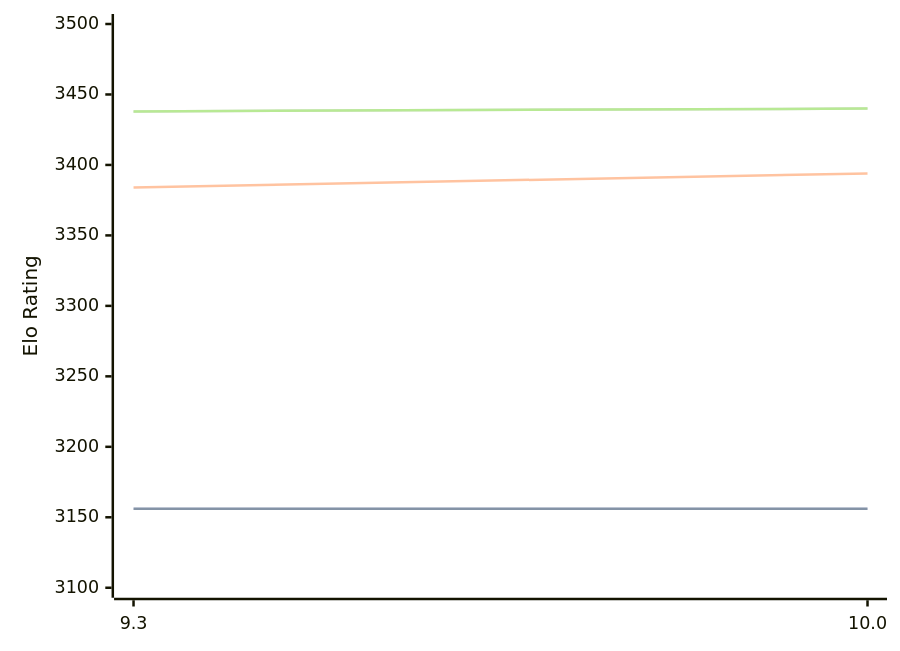
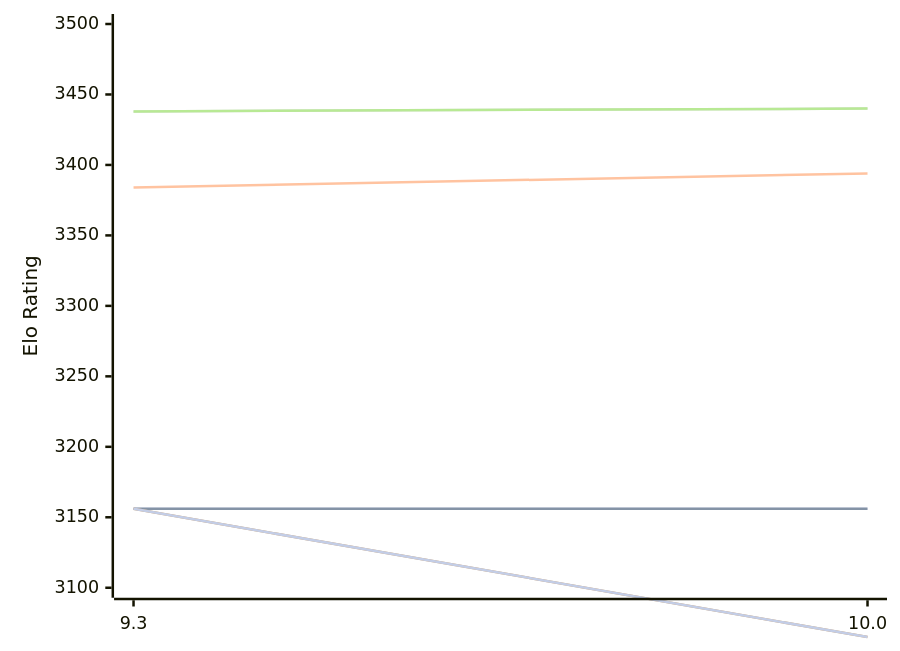
Before and after one commit to computer-chess-index/cci: the diagram in engines/Fire.md, drawn with Mermaid. The commit also changed other lines of this file, not shown here.

Commit message:
Update CCI Ratings (ELO VLTC) - 2026-10-11

````diff
--- a/engines/Fire.md
+++ b/engines/Fire.md
@@ -48,16 +48,13 @@
 ```mermaid
 %%{init: {"theme":"base","themeVariables":{"seriesColors:['#a3a3a3','#222221','#faa371']}}}%%
 xychart-beta
   x-axis ["9.3", "10.0"]
   y-axis "Elo Rating" 3100 --> 3500
   line "" [3156, 3156]
   line "T1: STC (8.0+0.08s)" [3156, 3156]
   line "T1: LTC (60.0+0.60s)" [3384, 3394]
   line "" [3438, 3440]
   line "T1: VLTC (2m24s+1.12s)" [3438, 3440]
-  line "" [3054]
-  line "E1: STC (8.0+0.08s)" [3054]
-  line "E1: LTC (60.0+0.60s)" [3305]
-  line "" [3398]
-  line "E1: VLTC (2m24s+1.12s)" [3398]
+  line "" [3156,3065]
+  line "E1: STC (8.0+0.08s)" [3156,3065]
 ```
````
